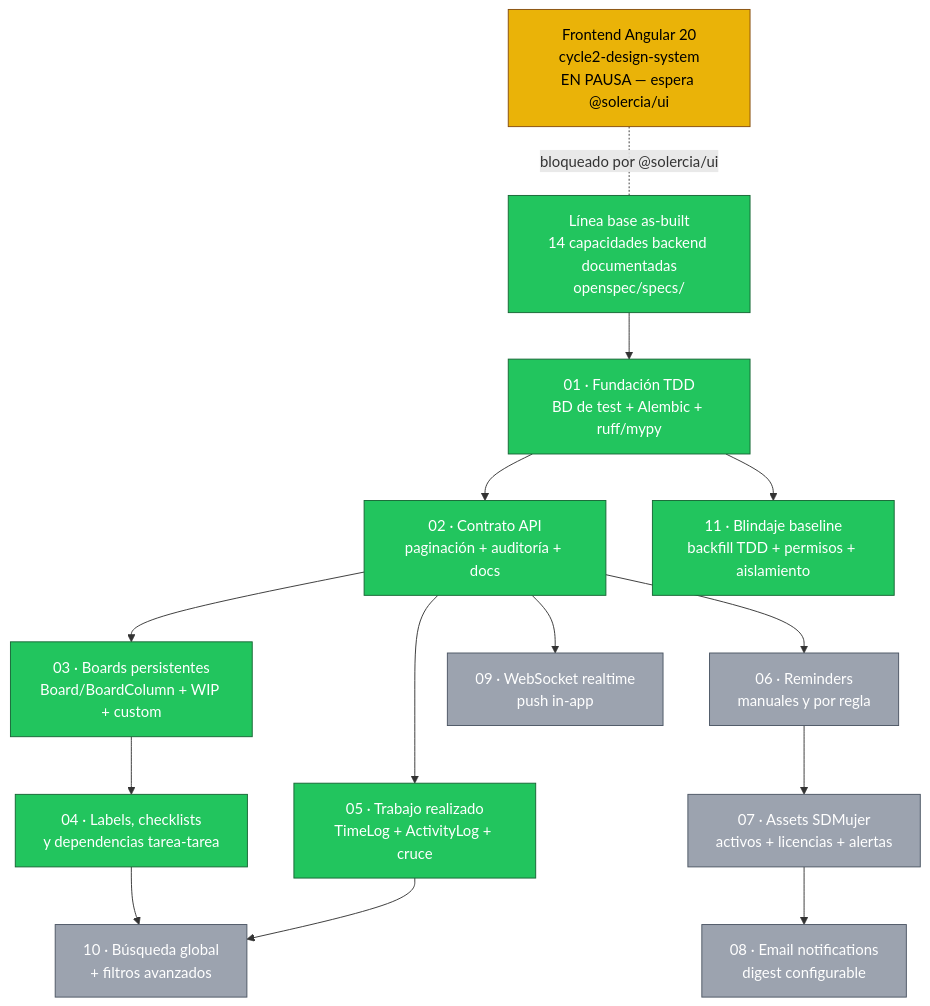
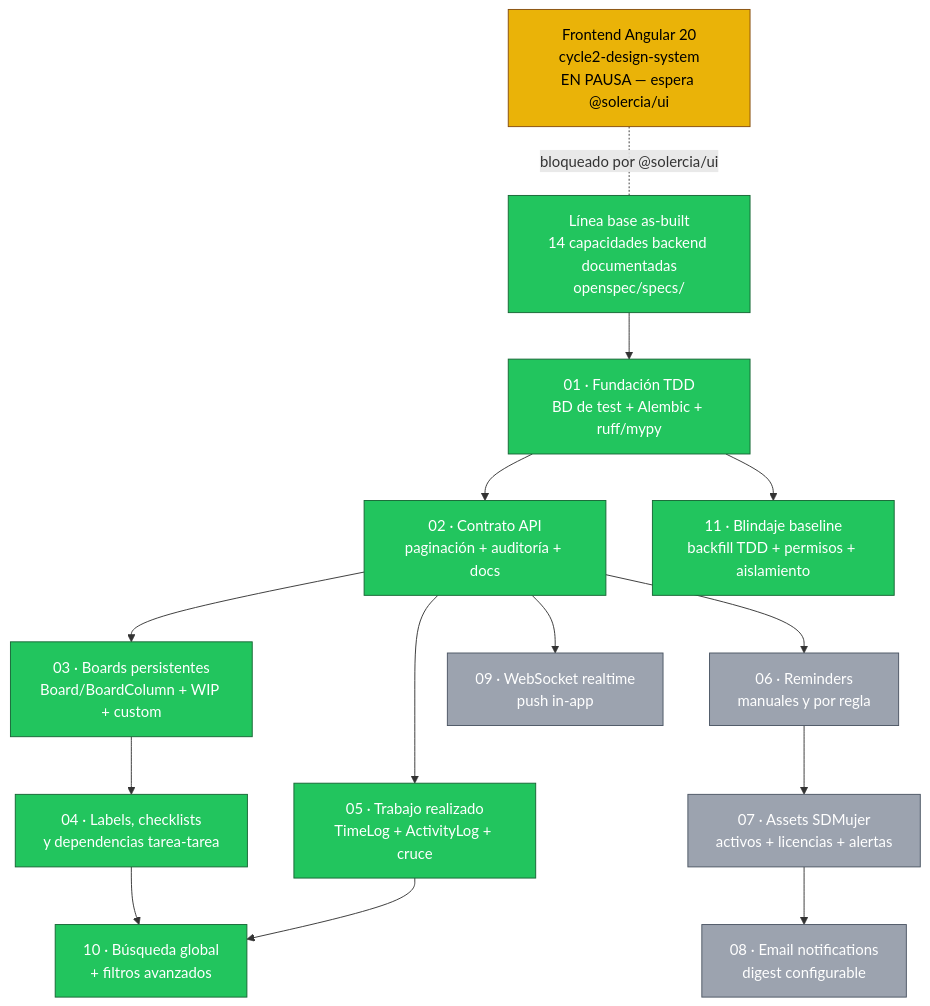
Before and after one commit to solercia-solutions/solercia-command: the diagram in openspec/AVANCE.md, drawn with Mermaid. The commit also changed other lines of this file and 12 other files, not shown here.

````diff
--- a/openspec/AVANCE.md
+++ b/openspec/AVANCE.md
@@ -9,44 +9,45 @@
 ```mermaid
 flowchart TD
     B0["Línea base as-built<br/>14 capacidades backend documentadas<br/>openspec/specs/"]
 
     C01["01 · Fundación TDD<br/>BD de test + Alembic + ruff/mypy"]
     C02["02 · Contrato API<br/>paginación + auditoría + docs"]
     C03["03 · Boards persistentes<br/>Board/BoardColumn + WIP + custom"]
     C04["04 · Labels, checklists<br/>y dependencias tarea-tarea"]
     C05["05 · Trabajo realizado<br/>TimeLog + ActivityLog + cruce"]
     C11["11 · Blindaje baseline<br/>backfill TDD + permisos + aislamiento"]
     C06["06 · Reminders<br/>manuales y por regla"]
     C07["07 · Assets SDMujer<br/>activos + licencias + alertas"]
     C08["08 · Email notifications<br/>digest configurable"]
     C09["09 · WebSocket realtime<br/>push in-app"]
     C10["10 · Búsqueda global<br/>+ filtros avanzados"]
 
     FE["Frontend Angular 20<br/>cycle2-design-system<br/>EN PAUSA — espera @solercia/ui"]
 
     B0 --> C01
     C01 --> C02
     C01 --> C11
     C02 --> C03 --> C04
     C02 --> C05
     C02 --> C06 --> C07 --> C08
     C02 --> C09
     C04 --> C10
     C05 --> C10
 
     FE -.bloqueado por @solercia/ui.- B0
 
     class B0 done
     class C01 done
     class C02 done
     class C03 done
     class C04 done
     class C05 done
+    class C10 done
     class C11 done
     class FE inprogress
-    class C06,C07,C08,C09,C10 pending
+    class C06,C07,C08,C09 pending
 
     classDef done fill:#22c55e,stroke:#166534,color:#ffffff
     classDef inprogress fill:#eab308,stroke:#854d0e,color:#000000
     classDef pending fill:#9ca3af,stroke:#4b5563,color:#ffffff
 ```
````
